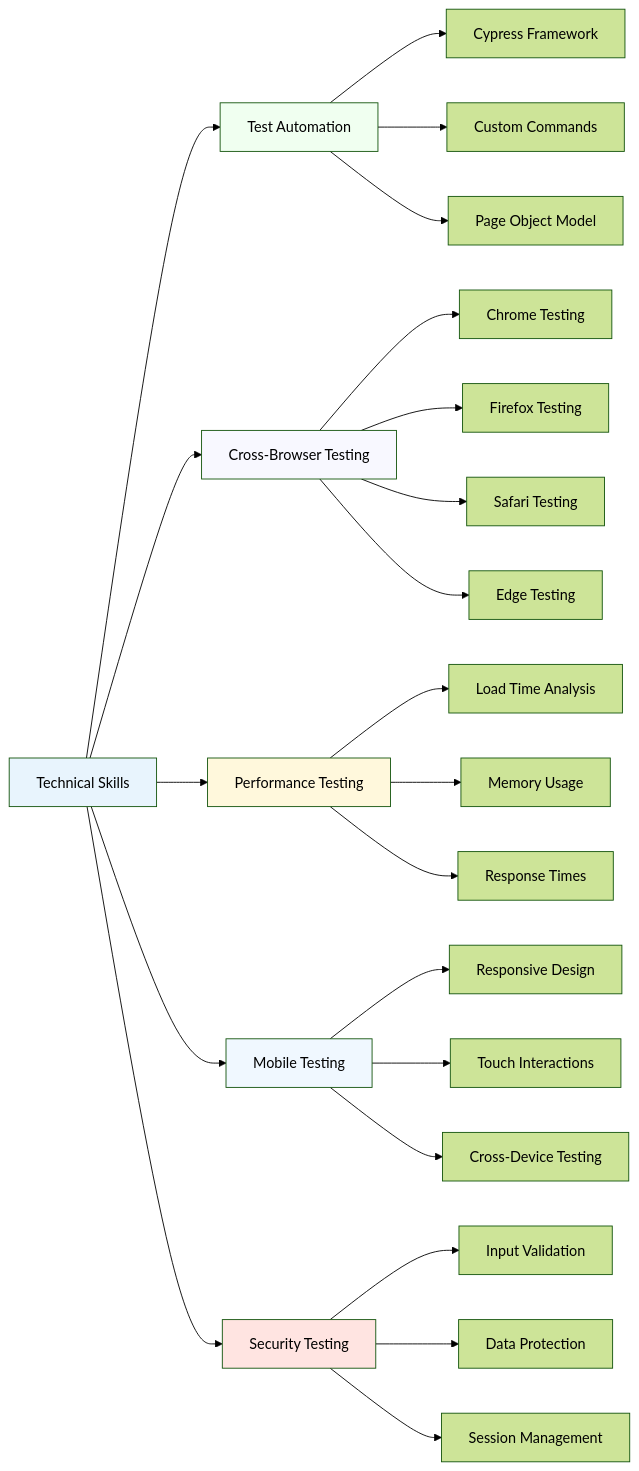
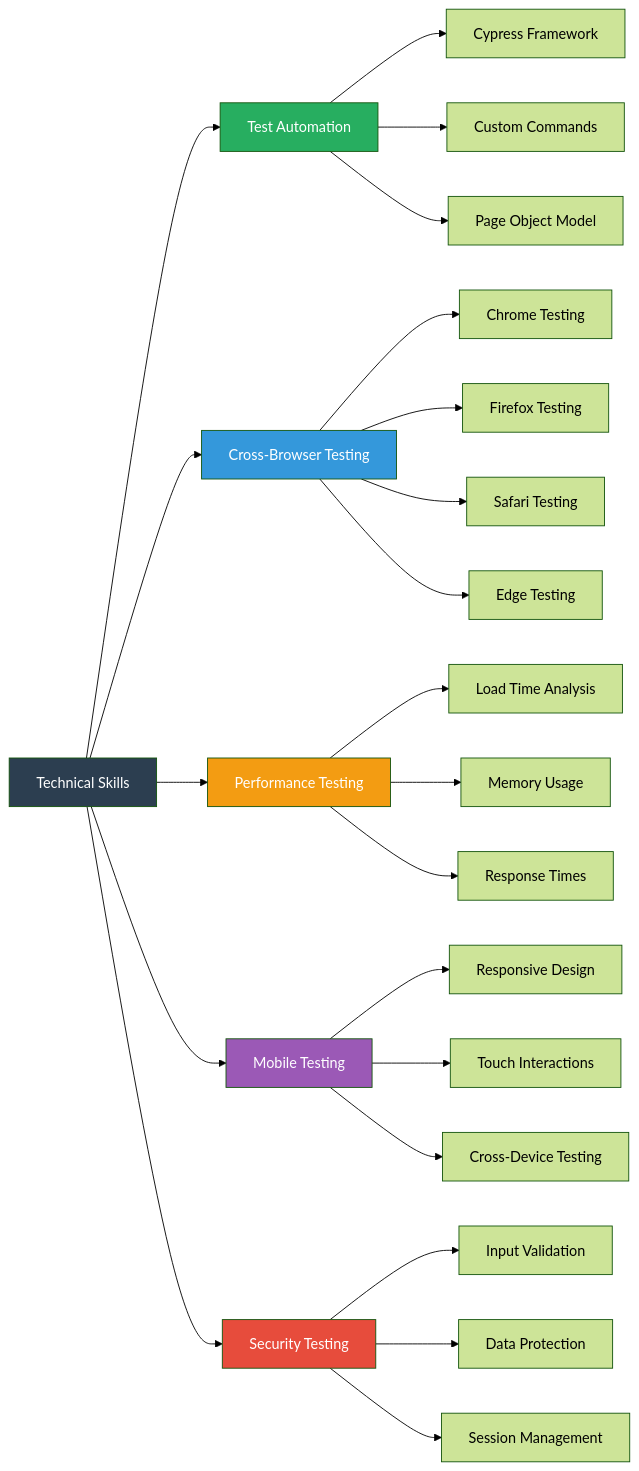
Before and after one commit to Tasmimdristy7/qa-lifecycle-suite: the second of 12 diagrams in visuals/clean-project-overview.md, drawn with Mermaid (forest theme). The commit also changed other lines of this file and 3 other files, not shown here.

````diff
--- a/visuals/clean-project-overview.md
+++ b/visuals/clean-project-overview.md
@@ -53,36 +53,36 @@
 ```mermaid
 graph LR
     A[Technical Skills] --> B[Test Automation]
     A --> C[Cross-Browser Testing]
     A --> D[Performance Testing]
     A --> E[Mobile Testing]
     A --> F[Security Testing]
     
     B --> B1[Cypress Framework]
     B --> B2[Custom Commands]
     B --> B3[Page Object Model]
     
     C --> C1[Chrome Testing]
     C --> C2[Firefox Testing]
     C --> C3[Safari Testing]
     C --> C4[Edge Testing]
     
     D --> D1[Load Time Analysis]
     D --> D2[Memory Usage]
     D --> D3[Response Times]
     
     E --> E1[Responsive Design]
     E --> E2[Touch Interactions]
     E --> E3[Cross-Device Testing]
     
     F --> F1[Input Validation]
     F --> F2[Data Protection]
     F --> F3[Session Management]
     
-    style A fill:#e8f4fd
-    style B fill:#f0fff0
-    style C fill:#f8f8ff
-    style D fill:#fff8dc
-    style E fill:#f0f8ff
-    style F fill:#ffe4e1
+    style A fill:#2c3e50,color:#ffffff
+    style B fill:#27ae60,color:#ffffff
+    style C fill:#3498db,color:#ffffff
+    style D fill:#f39c12,color:#ffffff
+    style E fill:#9b59b6,color:#ffffff
+    style F fill:#e74c3c,color:#ffffff
 ```
````
